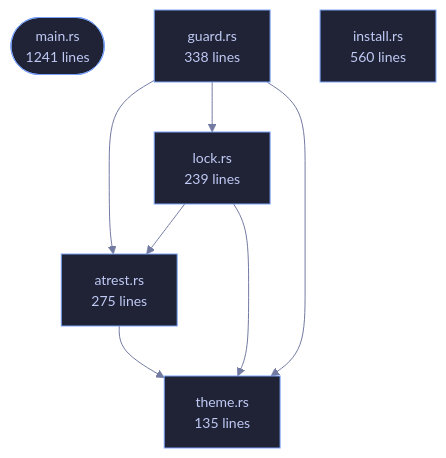
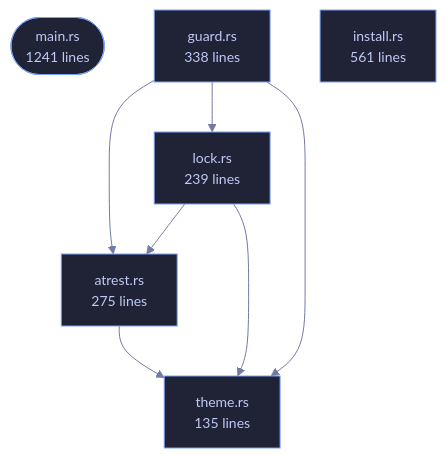
The diagram in wiki/Crate-veilvoice-cli.md (tilas01/veilvoice), drawn with Mermaid before and after one commit. The commit also changed other lines of this file and 9 other files, not shown here.

````diff
--- a/wiki/Crate-veilvoice-cli.md
+++ b/wiki/Crate-veilvoice-cli.md
@@ -67,22 +67,22 @@
 ```mermaid
 %%{init: {"theme":"base","themeVariables":{"background":"#1a1b26","primaryColor":"#1f2335","primaryTextColor":"#c0caf5","primaryBorderColor":"#7aa2f7","secondaryColor":"#16161e","tertiaryColor":"#16161e","lineColor":"#737aa2","textColor":"#c0caf5","mainBkg":"#1f2335","nodeBorder":"#7aa2f7","clusterBkg":"#16161e","clusterBorder":"#2f3549","fontFamily":"ui-monospace, SFMono-Regular, Consolas, monospace","fontSize":"14px"}}}%%
 flowchart TD
     n_main(["main.rs<br/>1241 lines"])
     n_atrest["atrest.rs<br/>275 lines"]
     n_guard["guard.rs<br/>338 lines"]
-    n_install["install.rs<br/>560 lines"]
+    n_install["install.rs<br/>561 lines"]
     n_lock["lock.rs<br/>239 lines"]
     n_theme["theme.rs<br/>135 lines"]
     n_atrest --> n_theme
     n_guard --> n_atrest
     n_guard --> n_lock
     n_guard --> n_theme
     n_lock --> n_atrest
     n_lock --> n_theme
     click n_main href "https://github.com/tilas01/veilvoice/blob/main/crates/veilvoice-cli/src/main.rs" "open the source"
     click n_atrest href "https://github.com/tilas01/veilvoice/blob/main/crates/veilvoice-cli/src/atrest.rs" "open the source"
     click n_guard href "https://github.com/tilas01/veilvoice/blob/main/crates/veilvoice-cli/src/guard.rs" "open the source"
     click n_install href "https://github.com/tilas01/veilvoice/blob/main/crates/veilvoice-cli/src/install.rs" "open the source"
     click n_lock href "https://github.com/tilas01/veilvoice/blob/main/crates/veilvoice-cli/src/lock.rs" "open the source"
     click n_theme href "https://github.com/tilas01/veilvoice/blob/main/crates/veilvoice-cli/src/theme.rs" "open the source"
 ```
````
